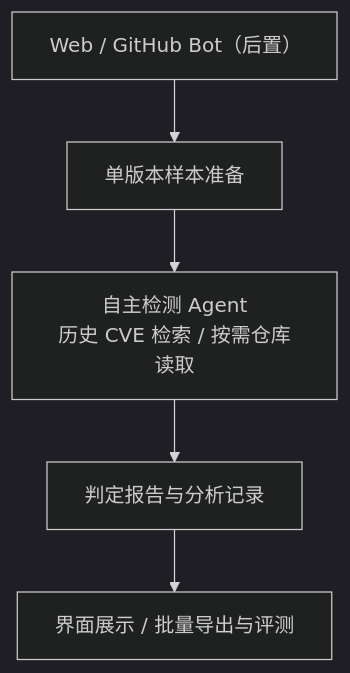
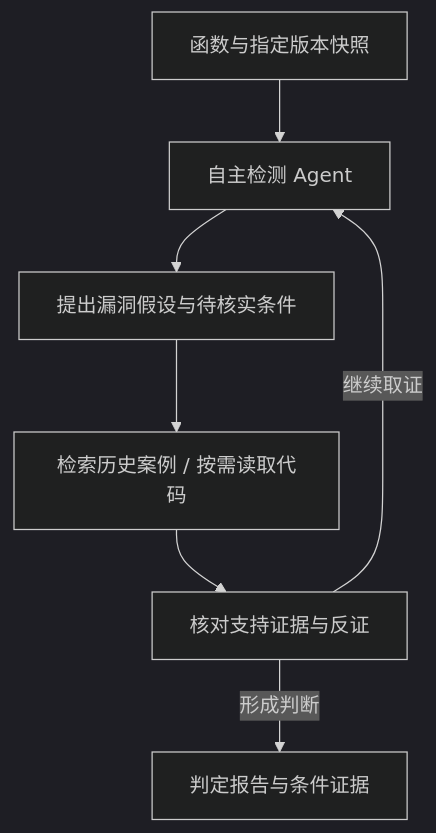
Before and after one commit to Ars1027/func-vuln-agent: the diagram in README.md, drawn with Mermaid (dark theme). The commit also changed other lines of this file and 16 other files, not shown here.

````diff
--- a/README.md
+++ b/README.md
@@ -17,7 +19,9 @@
 ```mermaid
 flowchart TD
-    I["Web / GitHub Bot（后置）"] --> P[单版本样本准备]
-    P --> A["自主检测 Agent<br/>历史 CVE 检索 / 按需仓库读取"]
-    A --> O[判定报告与分析记录]
-    O --> E[界面展示 / 批量导出与评测]
+    I[函数与指定版本快照] --> A[自主检测 Agent]
+    A --> C[提出漏洞假设与待核实条件]
+    C --> T[检索历史案例 / 按需读取代码]
+    T --> R[核对支持证据与反证]
+    R -->|继续取证| A
+    R -->|形成判断| O[判定报告与条件证据]
 ```
````
